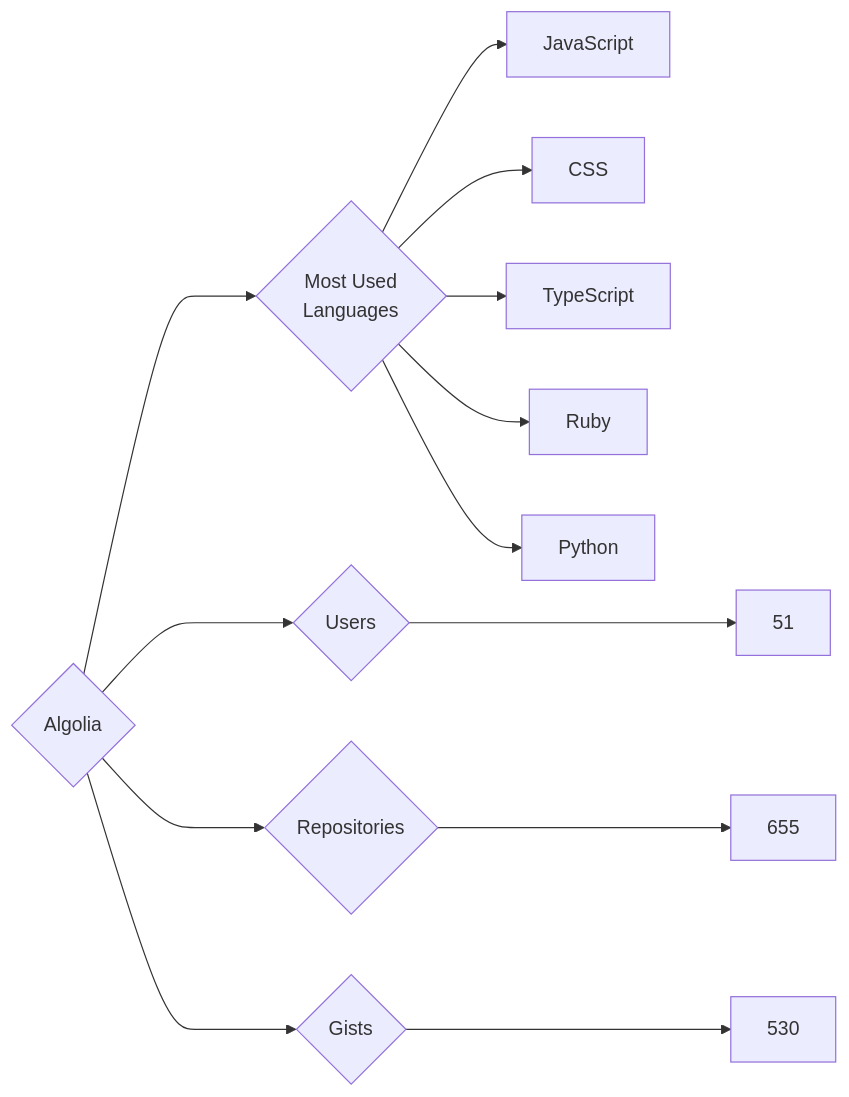
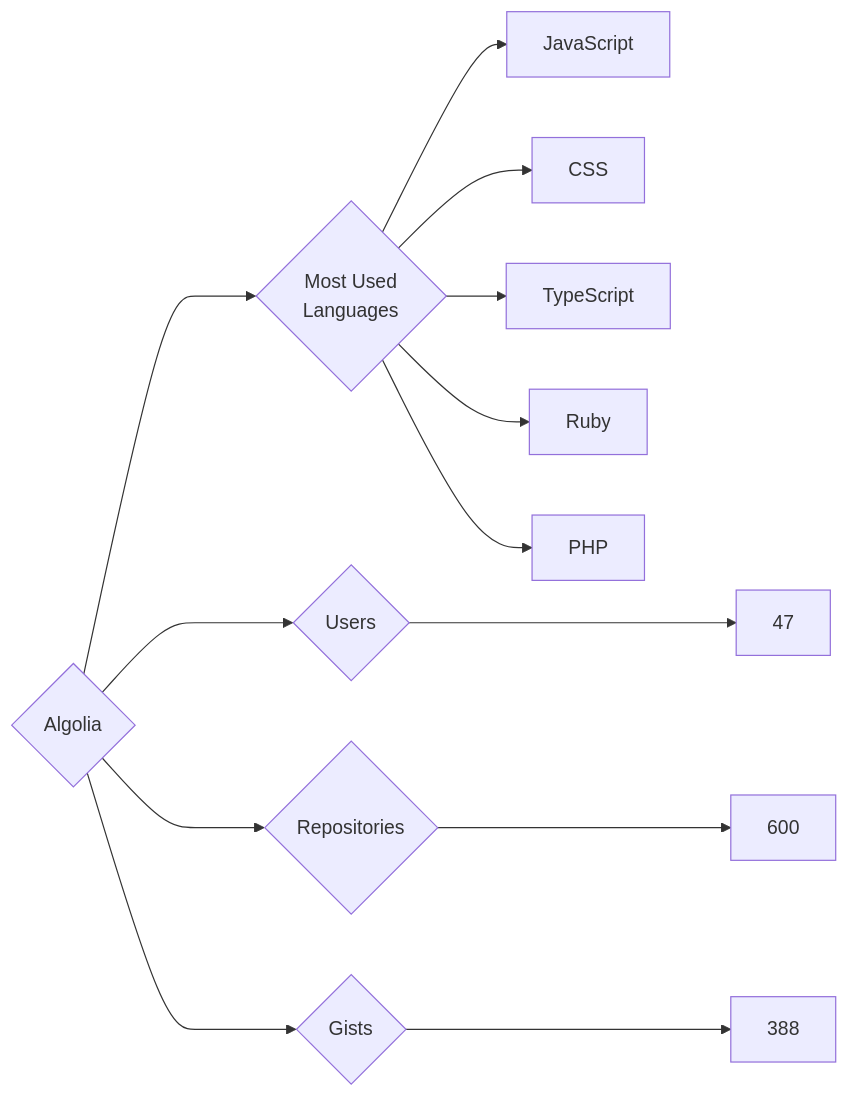
The diagram in targets/Algolia/README.md (trickest/insiders), drawn with Mermaid before and after one commit. The commit also changed 927 other files, not shown here.

````diff
--- a/targets/Algolia/README.md
+++ b/targets/Algolia/README.md
@@ -3,13 +3,13 @@
 ```mermaid
 graph LR
 COMPANY_NAME{Algolia}
-COMPANY_NAME ---> U{Users} ---> UN[51]
-COMPANY_NAME ---> R{Repositories} ---> RN[655]
-COMPANY_NAME ---> G{Gists} ---> GN[530]
+COMPANY_NAME ---> U{Users} ---> UN[47]
+COMPANY_NAME ---> R{Repositories} ---> RN[600]
+COMPANY_NAME ---> G{Gists} ---> GN[388]
 COMPANY_NAME ---> ML{Most Used<br>Languages}
 ML --> JavaScript[JavaScript]
 ML --> CSS[CSS]
 ML --> TypeScript[TypeScript]
 ML --> Ruby[Ruby]
-ML --> Python[Python]
+ML --> PHP[PHP]
 ```
````
